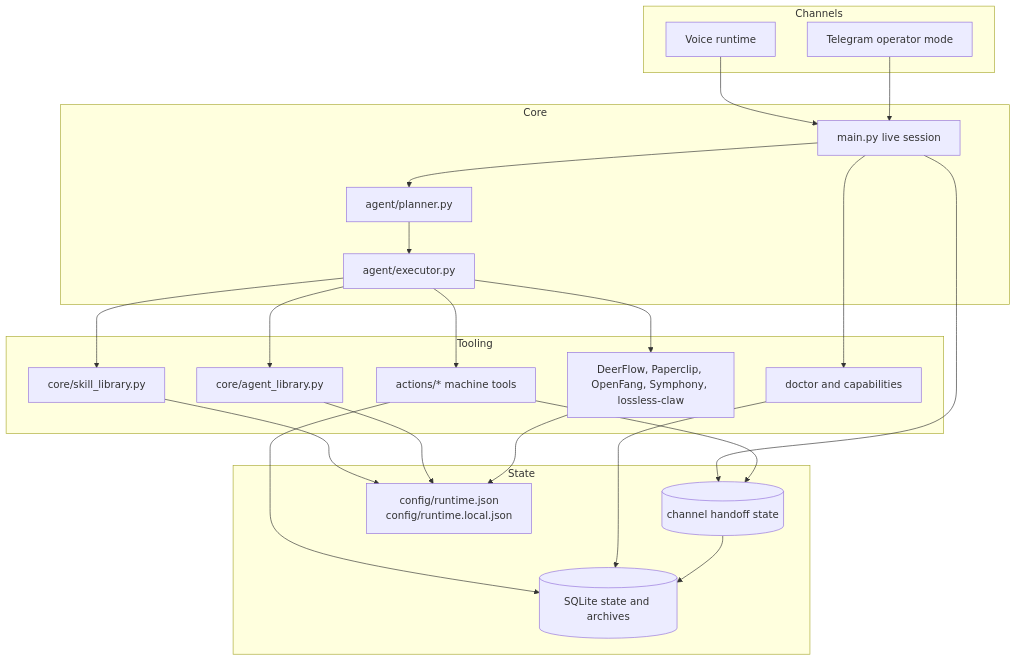
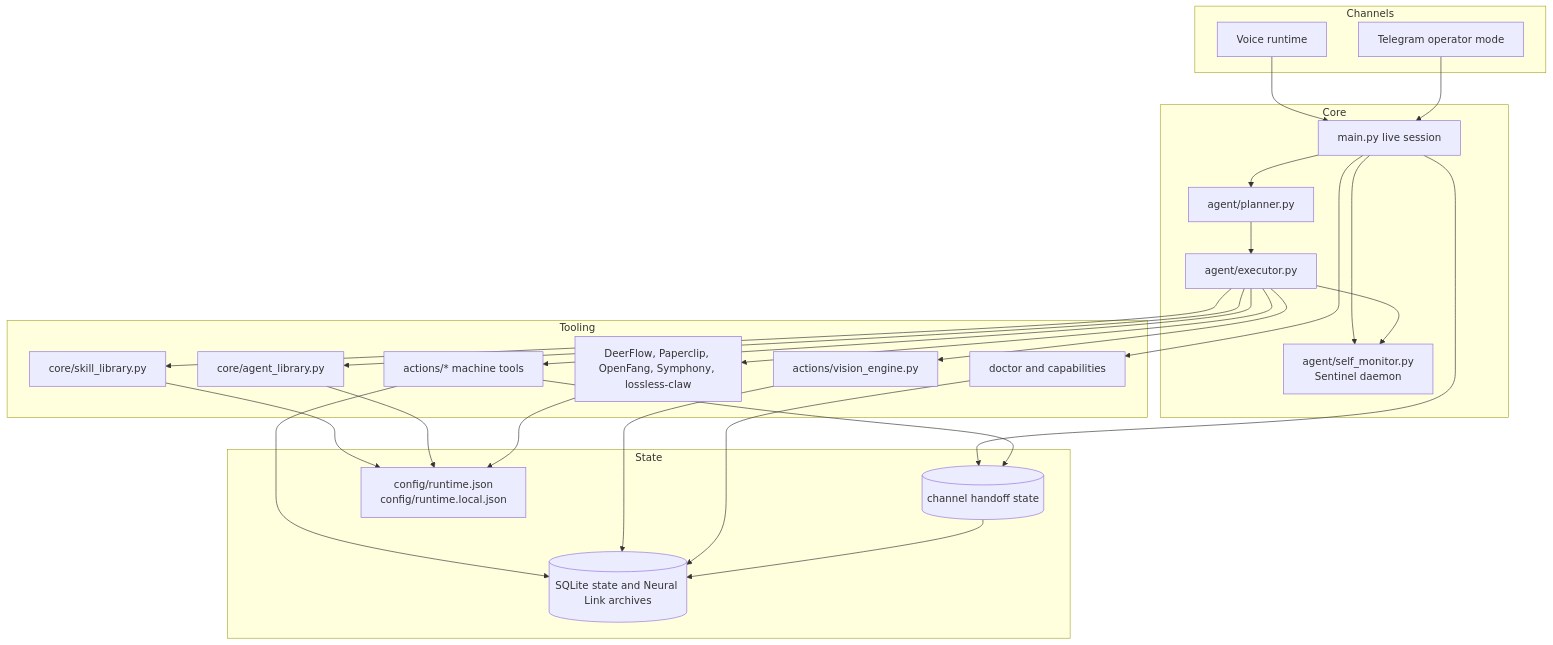
Before and after one commit to moyesrex-ops/Axiom: the second of 4 diagrams in README.md, drawn with Mermaid. The commit also changed other lines of this file and 14 other files, not shown here.

````diff
--- a/README.md
+++ b/README.md
@@ -162,41 +162,47 @@
 ```mermaid
 flowchart TB
     subgraph Channels
         Voice[Voice runtime]
         Telegram[Telegram operator mode]
     end
     subgraph Core
         Main[main.py live session]
         Planner[agent/planner.py]
         Executor[agent/executor.py]
+        Monitor[agent/self_monitor.py<br/>Sentinel daemon]
     end
     subgraph Tooling
         Actions[actions/* machine tools]
+        Vision[actions/vision_engine.py]
         Skills[core/skill_library.py]
         Agents[core/agent_library.py]
         Bridges[DeerFlow, Paperclip, OpenFang, Symphony, lossless-claw]
         Doctor[doctor and capabilities]
     end
     subgraph State
-        Memory[(SQLite state and archives)]
+        Memory[(SQLite state and Neural Link archives)]
         ChannelState[(channel handoff state)]
         Config[config/runtime.json<br/>config/runtime.local.json]
     end
 
     Voice --> Main
     Telegram --> Main
     Main --> Planner --> Executor
+    Main --> Monitor
+    Executor --> Monitor
     Main --> ChannelState
     Executor --> Actions
+    Executor --> Vision
     Executor --> Skills
     Executor --> Agents
     Executor --> Bridges
     Main --> Doctor
     Actions --> Memory
     Actions --> ChannelState
+    Vision --> Memory
     Skills --> Config
     Agents --> Config
     Bridges --> Config
     Doctor --> Memory
     ChannelState --> Memory
 ```
````
